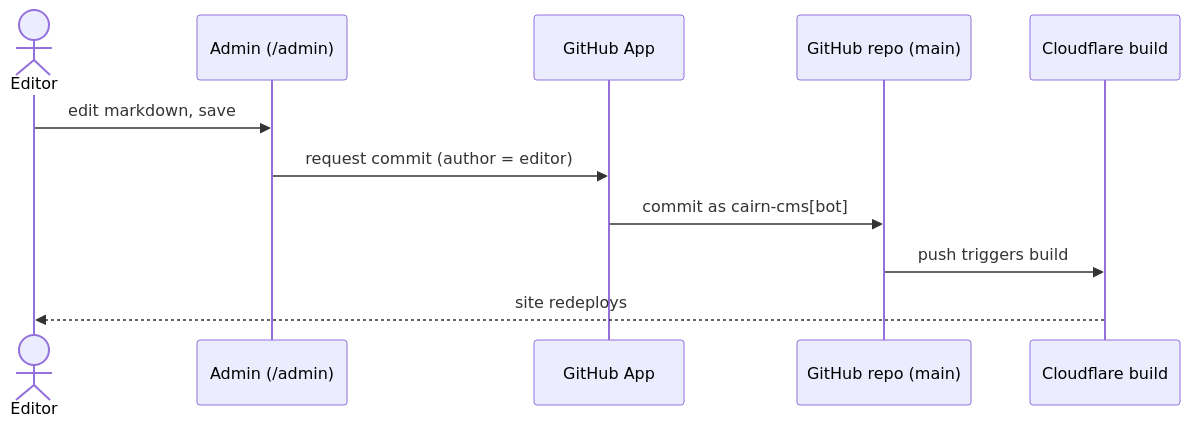
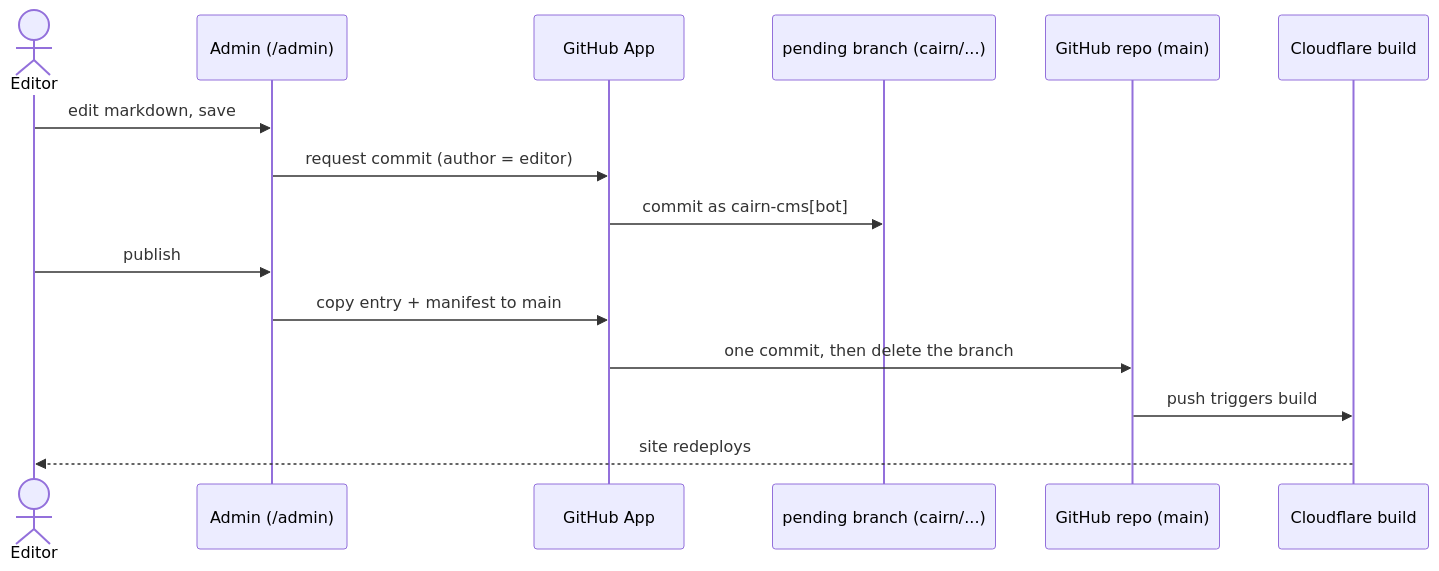
Before and after one commit to glw907/cairn-cms: the second of 2 diagrams in docs/explanation/architecture.md, drawn with Mermaid. The commit also changed other lines of this file and 11 other files, not shown here.

````diff
--- a/docs/explanation/architecture.md
+++ b/docs/explanation/architecture.md
@@ -74,13 +81,17 @@
 ```mermaid
 sequenceDiagram
   actor Editor
   participant Admin as Admin (/admin)
   participant App as GitHub App
+  participant Branch as pending branch (cairn/...)
   participant Repo as GitHub repo (main)
   participant CI as Cloudflare build
   Editor->>Admin: edit markdown, save
   Admin->>App: request commit (author = editor)
-  App->>Repo: commit as cairn-cms[bot]
+  App->>Branch: commit as cairn-cms[bot]
+  Editor->>Admin: publish
+  Admin->>App: copy entry + manifest to main
+  App->>Repo: one commit, then delete the branch
   Repo->>CI: push triggers build
   CI-->>Editor: site redeploys
 ```
````
